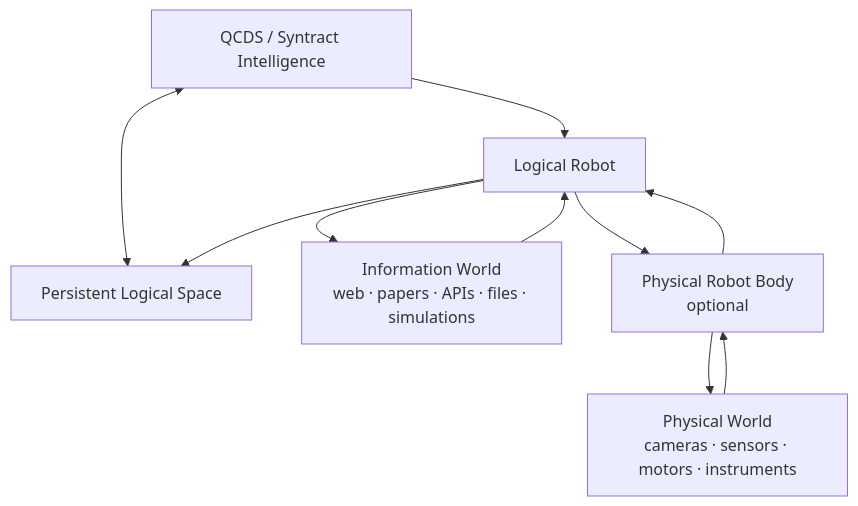
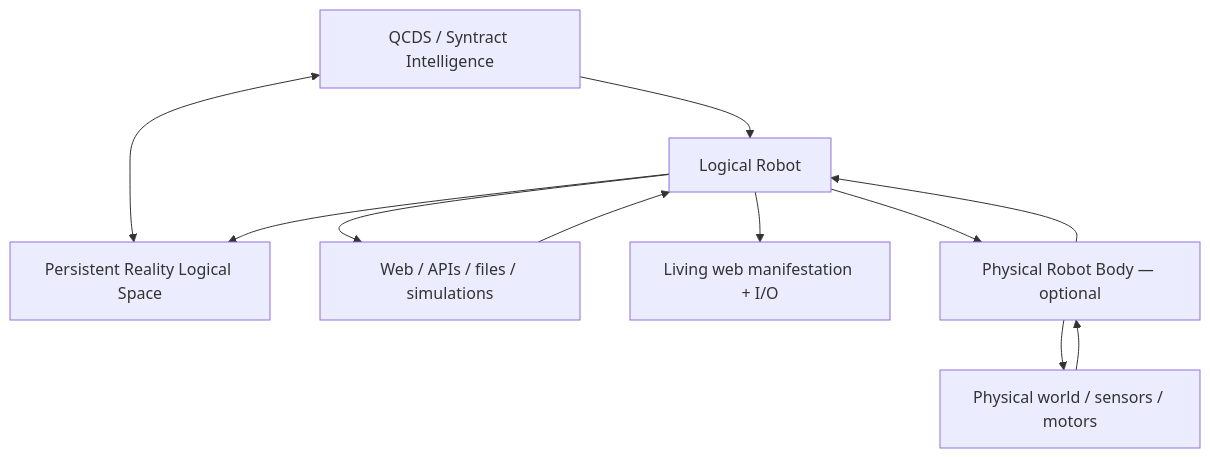
Before and after one commit to iampathat/thesyntractvision: the first of 2 diagrams in README.md, drawn with Mermaid. The commit also changed other lines of this file, not shown here.

Commit message:
BUILD 26-28: make the Living Logical Robot the public project entry point

````diff
--- a/README.md
+++ b/README.md
@@ -40,13 +138,14 @@
 ```mermaid
 flowchart TD
     Q[QCDS / Syntract Intelligence]
-    Q <--> L[Persistent Logical Space]
+    Q <--> L[Persistent Reality Logical Space]
     Q --> LR[Logical Robot]
-    LR --> IW[Information World\nweb · papers · APIs · files · simulations]
-    LR --> PR[Physical Robot Body\noptional]
-    PR --> PW[Physical World\ncameras · sensors · motors · instruments]
-    IW --> LR
-    PW --> PR
+    LR --> WEB[Web / APIs / files / simulations]
+    LR --> UI[Living web manifestation + I/O]
+    LR --> PR[Physical Robot Body — optional]
+    PR --> WORLD[Physical world / sensors / motors]
+    WEB --> LR
+    WORLD --> PR
     PR --> LR
     LR --> L
 ```
````
